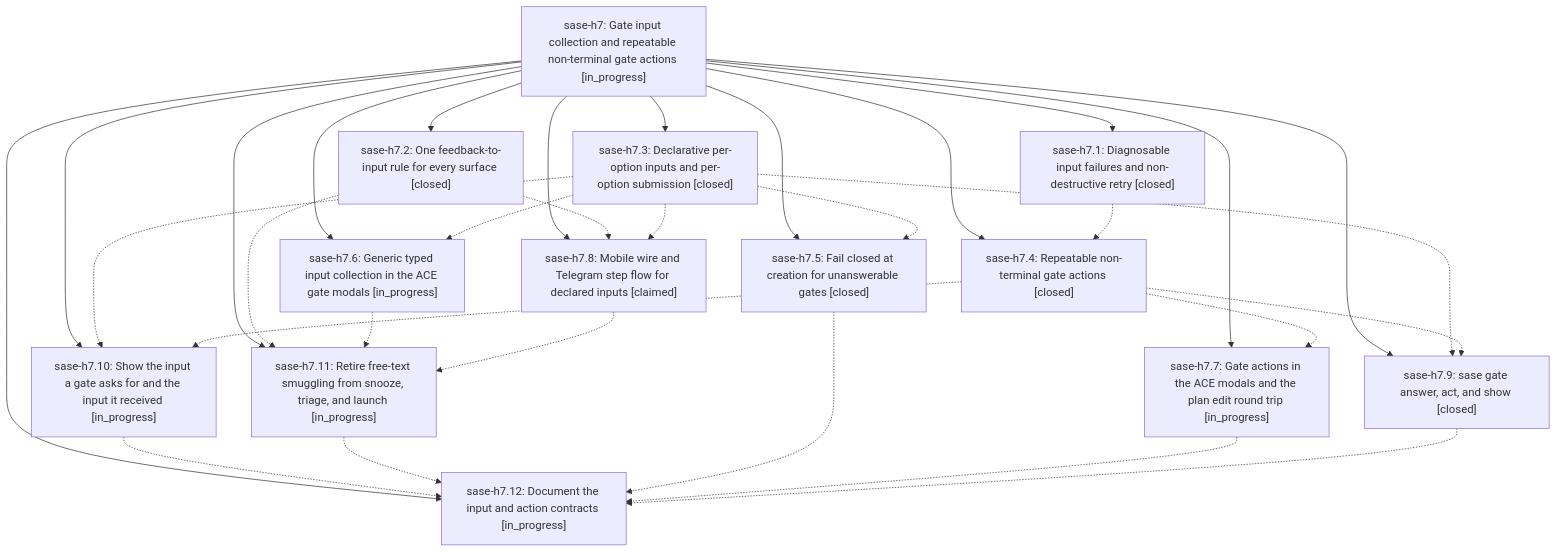
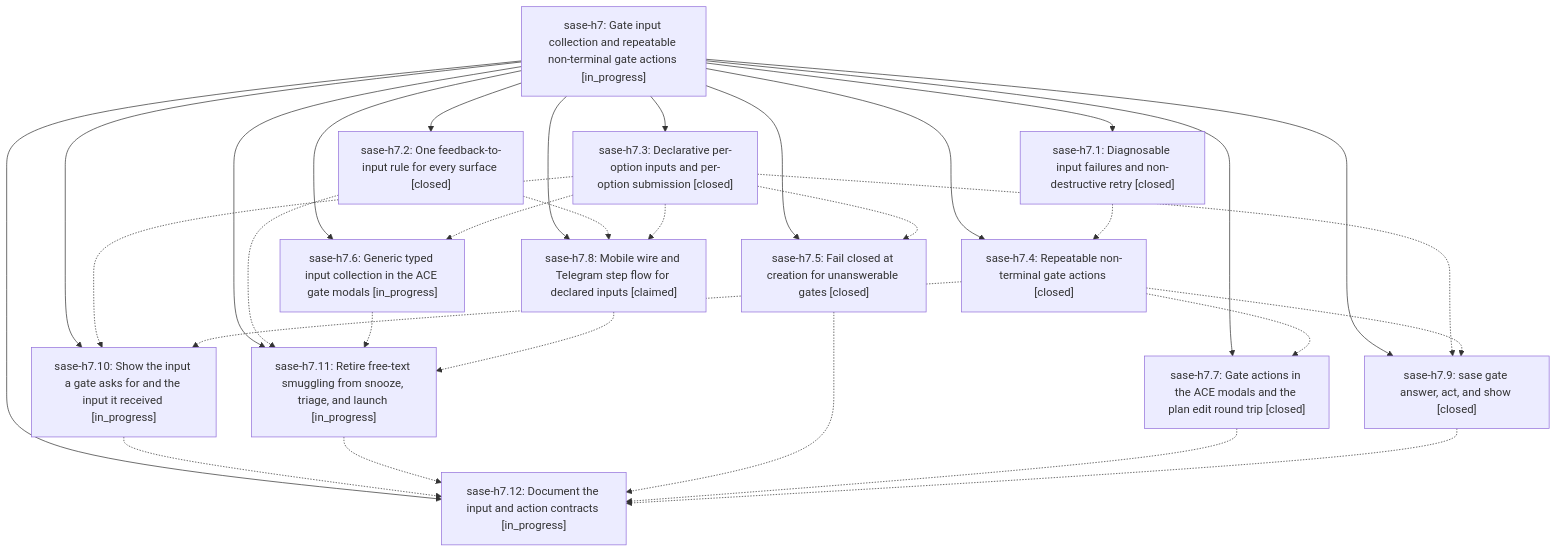
Before and after one commit to sase-org/sase--beads: the diagram in pages/sase-h7/README.md, drawn with Mermaid. The commit also changed other lines of this file and 4 other files, not shown here.

````diff
--- a/pages/sase-h7/README.md
+++ b/pages/sase-h7/README.md
@@ -37,46 +37,46 @@
 ```mermaid
 flowchart TD
     n0["sase-h7: Gate input collection and repeatable non-terminal gate actions [in_progress]"]
     n1["sase-h7.1: Diagnosable input failures and non-destructive retry [closed]"]
     n2["sase-h7.10: Show the input a gate asks for and the input it received [in_progress]"]
     n3["sase-h7.11: Retire free-text smuggling from snooze, triage, and launch [in_progress]"]
     n4["sase-h7.12: Document the input and action contracts [in_progress]"]
     n5["sase-h7.2: One feedback-to-input rule for every surface [closed]"]
     n6["sase-h7.3: Declarative per-option inputs and per-option submission [closed]"]
     n7["sase-h7.4: Repeatable non-terminal gate actions [closed]"]
     n8["sase-h7.5: Fail closed at creation for unanswerable gates [closed]"]
     n9["sase-h7.6: Generic typed input collection in the ACE gate modals [in_progress]"]
-    n10["sase-h7.7: Gate actions in the ACE modals and the plan edit round trip [in_progress]"]
+    n10["sase-h7.7: Gate actions in the ACE modals and the plan edit round trip [closed]"]
     n11["sase-h7.8: Mobile wire and Telegram step flow for declared inputs [claimed]"]
     n12["sase-h7.9: sase gate answer, act, and show [closed]"]
     n0 --> n1
     n0 --> n2
     n0 --> n3
     n0 --> n4
     n0 --> n5
     n0 --> n6
     n0 --> n7
     n0 --> n8
     n0 --> n9
     n0 --> n10
     n0 --> n11
     n0 --> n12
     n1 -.-> n7
     n2 -.-> n4
     n3 -.-> n4
     n5 -.-> n3
     n5 -.-> n11
     n6 -.-> n2
     n6 -.-> n8
     n6 -.-> n9
     n6 -.-> n11
     n6 -.-> n12
     n7 -.-> n2
     n7 -.-> n10
     n7 -.-> n12
     n8 -.-> n4
     n9 -.-> n3
     n10 -.-> n4
     n11 -.-> n3
     n12 -.-> n4
 ```
````
